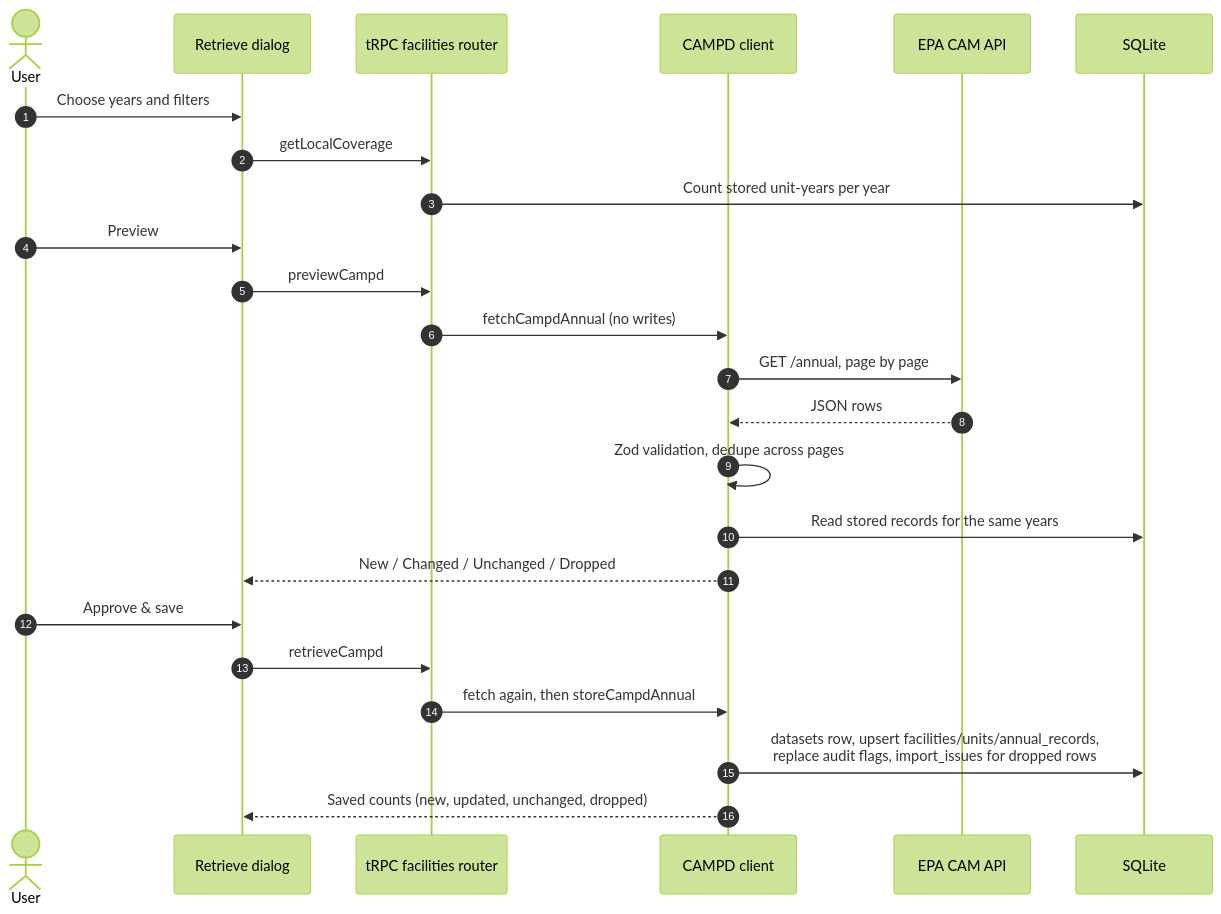
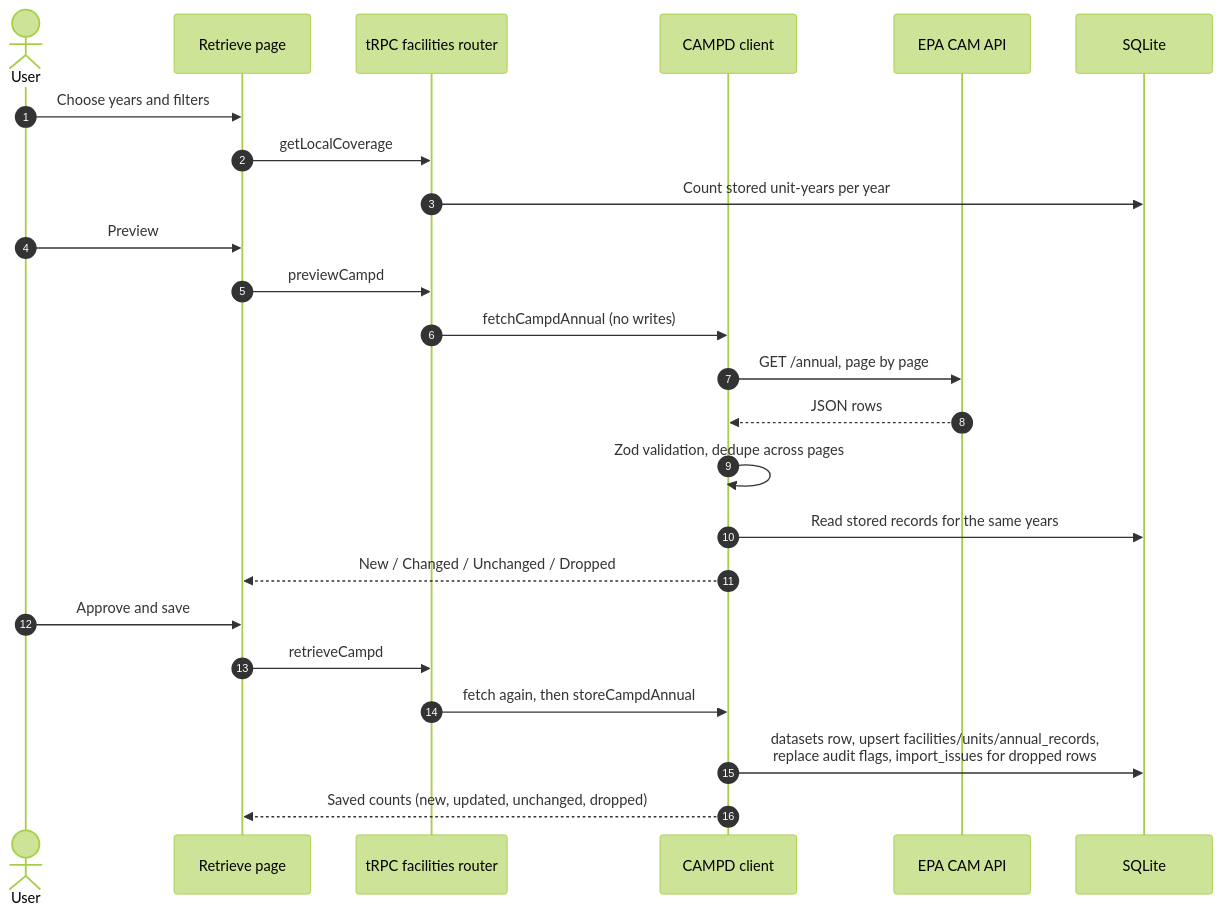
One commit to raajbanga/cs396-project changed the fourth of 4 diagrams in DATABASE_BREAKDOWN.md. Above: the diagram before and after it, drawn with Mermaid (forest theme). The commit also changed other lines of this file and 38 other files, not shown here.

````diff
--- a/DATABASE_BREAKDOWN.md
+++ b/DATABASE_BREAKDOWN.md
@@ -540,27 +557,27 @@
 ```mermaid
 sequenceDiagram
     autonumber
     actor User
-    participant Dialog as Retrieve dialog
+    participant Dialog as Retrieve page
     participant Router as tRPC facilities router
     participant Client as CAMPD client
     participant EPA as EPA CAM API
     participant DB as SQLite
 
     User->>Dialog: Choose years and filters
     Dialog->>Router: getLocalCoverage
     Router->>DB: Count stored unit-years per year
     User->>Dialog: Preview
     Dialog->>Router: previewCampd
     Router->>Client: fetchCampdAnnual (no writes)
     Client->>EPA: GET /annual, page by page
     EPA-->>Client: JSON rows
     Client->>Client: Zod validation, dedupe across pages
     Client->>DB: Read stored records for the same years
     Client-->>Dialog: New / Changed / Unchanged / Dropped
-    User->>Dialog: Approve & save
+    User->>Dialog: Approve and save
     Dialog->>Router: retrieveCampd
     Router->>Client: fetch again, then storeCampdAnnual
     Client->>DB: datasets row, upsert facilities/units/annual_records,<br/>replace audit flags, import_issues for dropped rows
     Client-->>Dialog: Saved counts (new, updated, unchanged, dropped)
 ```
````
